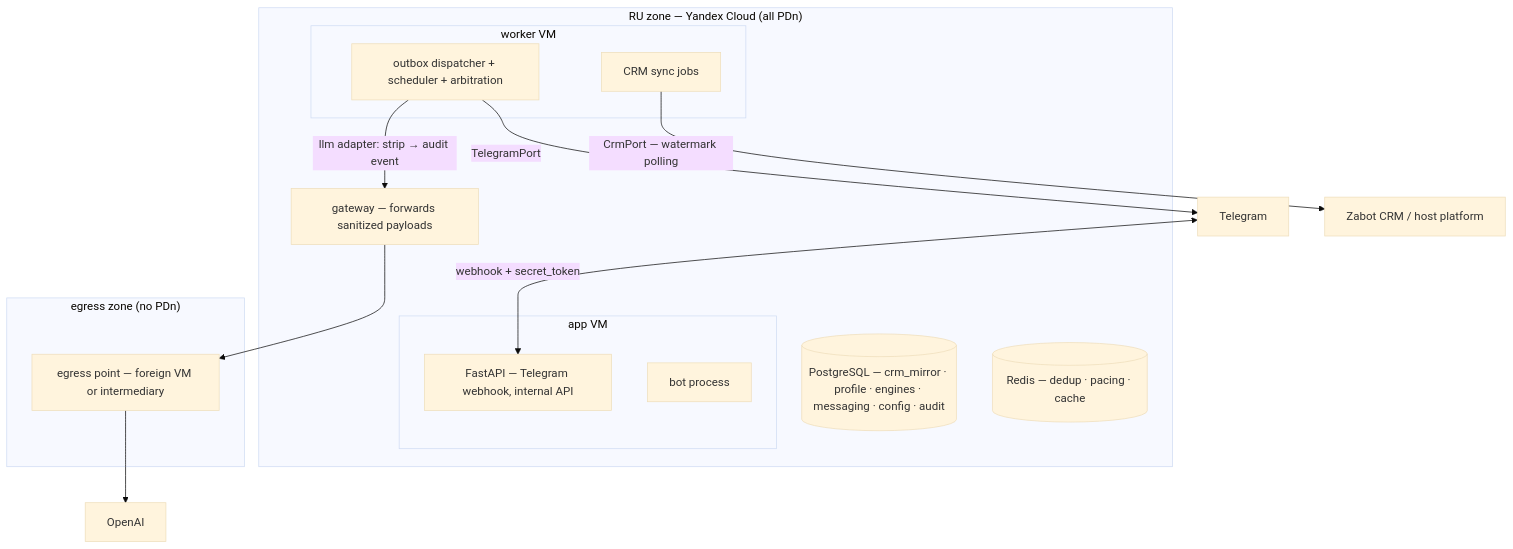
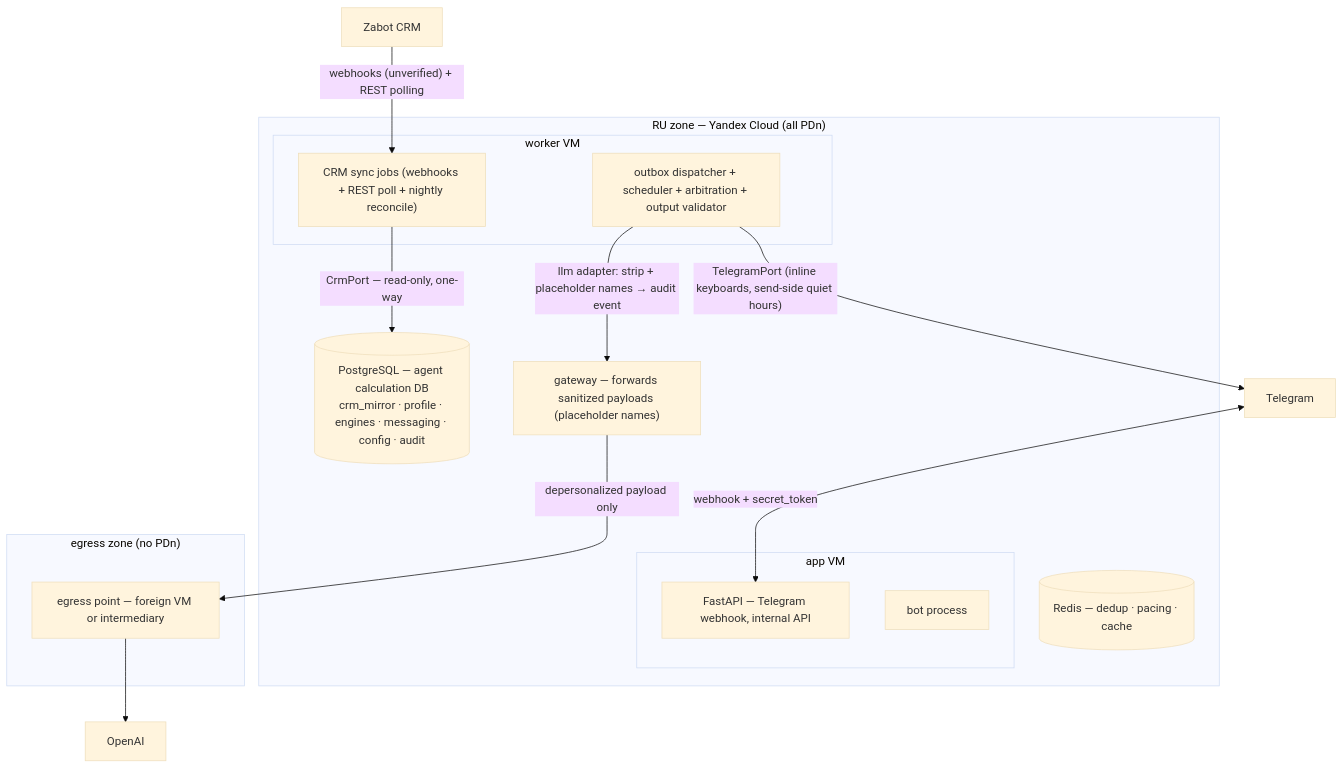
One commit to TimurKarev/zabota_mentor changed the diagram in _bmad-output/planning-artifacts/architecture/architecture-zabota_mentor-2026-08-18/SOLUTION-DESIGN.md. Above: the diagram before and after it, drawn with Mermaid (base theme). The commit also changed other lines of this file and 10 other files, not shown here.

````diff
--- a/_bmad-output/planning-artifacts/architecture/architecture-zabota_mentor-2026-08-18/SOLUTION-DESIGN.md
+++ b/_bmad-output/planning-artifacts/architecture/architecture-zabota_mentor-2026-08-18/SOLUTION-DESIGN.md
@@ -25,24 +25,26 @@
 ```mermaid
 graph TB
   subgraph RU["RU zone — Yandex Cloud (all PDn)"]
     subgraph appNode["app VM"]
       fastapi["FastAPI — Telegram webhook, internal API"]
       bot["bot process"]
     end
     subgraph workerNode["worker VM"]
-      dispatcher["outbox dispatcher + scheduler + arbitration"]
-      crmjobs["CRM sync jobs"]
+      dispatcher["outbox dispatcher + scheduler + arbitration + output validator"]
+      crmjobs["CRM sync jobs (webhooks + REST poll + nightly reconcile)"]
     end
-    PG[("PostgreSQL — crm_mirror · profile · engines · messaging · config · audit")]
+    PG[("PostgreSQL — agent calculation DB<br/>crm_mirror · profile · engines · messaging · config · audit")]
     REDIS[("Redis — dedup · pacing · cache")]
-    GW["gateway — forwards sanitized payloads"]
+    GW["gateway — forwards sanitized payloads (placeholder names)"]
   end
   subgraph egress["egress zone (no PDn)"]
     EP["egress point — foreign VM or intermediary"]
   end
   TG["Telegram"] <-->|"webhook + secret_token"| fastapi
-  dispatcher -->|"TelegramPort"| TG
-  crmjobs -->|"CrmPort — watermark polling"| CRM["Zabot CRM / host platform"]
-  dispatcher -->|"llm adapter: strip → audit event"| GW
-  GW --> EP --> OPENAI["OpenAI"]
+  ZABOT["Zabot CRM"] -->|"webhooks (unverified) + REST polling"| crmjobs
+  dispatcher -->|"TelegramPort (inline keyboards, send-side quiet hours)"| TG
+  crmjobs -->|"CrmPort — read-only, one-way"| PG
+  dispatcher -->|"llm adapter: strip + placeholder names → audit event"| GW
+  GW -->|"depersonalized payload only"| EP
+  EP --> OPENAI["OpenAI"]
 ```
````
